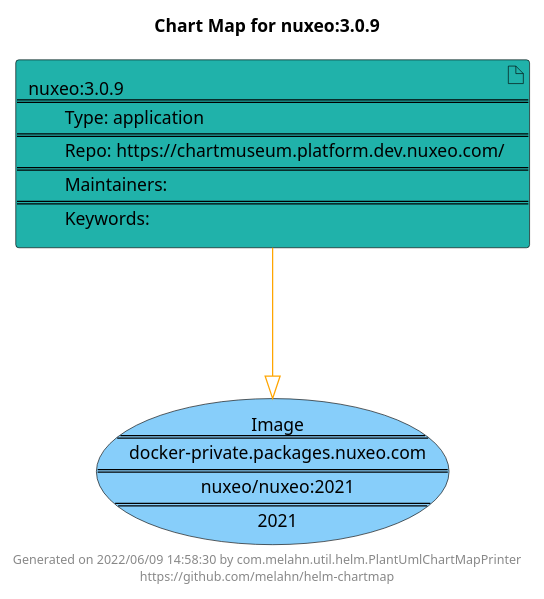
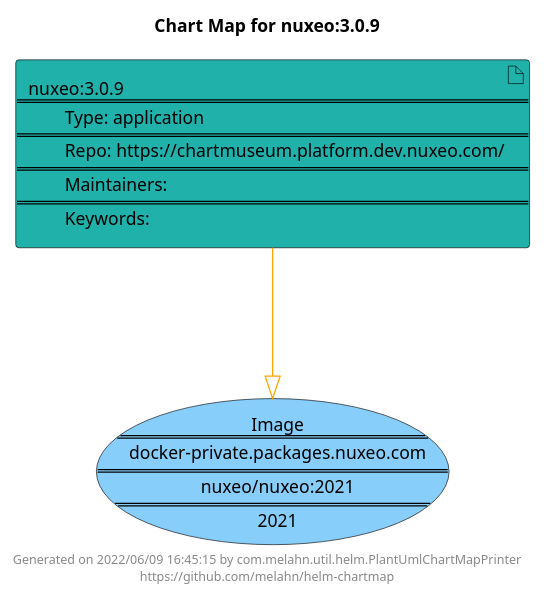
One commit to melahn/helm-chartmap changed the diagram in docs/nuxeo/nuxeo-3.0.9.puml. Above: the diagram before and after it, drawn with PlantUML. The commit also changed 59 other files, not shown here.

Commit message:
Update Example Chart Maps as part of GitHub build

```diff
--- a/docs/nuxeo/nuxeo-3.0.9.puml
+++ b/docs/nuxeo/nuxeo-3.0.9.puml
@@ -1,21 +1,21 @@
 @startuml
 skinparam linetype ortho
 skinparam backgroundColor white
 skinparam usecaseBorderColor black
 skinparam usecaseArrowColor LightSlateGray
 skinparam artifactBorderColor black
 skinparam artifactArrowColor LightSlateGray
 
 title Chart Map for nuxeo:3.0.9
 
 'There is one referenced Helm Chart
 artifact "nuxeo:3.0.9\n====\n\tType: application\n====\n\tRepo: https://chartmuseum.platform.dev.nuxeo.com/\n====\n\tMaintainers: \n====\n\tKeywords: " as nuxeo_3_0_9 #LightSeaGreen
 
 'There is one referenced Docker Image
 usecase "Image\n====\ndocker-private.packages.nuxeo.com\n====\nnuxeo/nuxeo:2021\n====\n2021" as docker_private_packages_nuxeo_com_nuxeo_nuxeo_2021 #LightSkyBlue
 
 'Chart Dependencies
 nuxeo_3_0_9--[#orange]-|>docker_private_packages_nuxeo_com_nuxeo_nuxeo_2021
 
-center footer Generated on 2022/06/09 14:58:30 by com.melahn.util.helm.PlantUmlChartMapPrinter\nhttps://github.com/melahn/helm-chartmap
+center footer Generated on 2022/06/09 16:45:15 by com.melahn.util.helm.PlantUmlChartMapPrinter\nhttps://github.com/melahn/helm-chartmap
 @enduml
```
